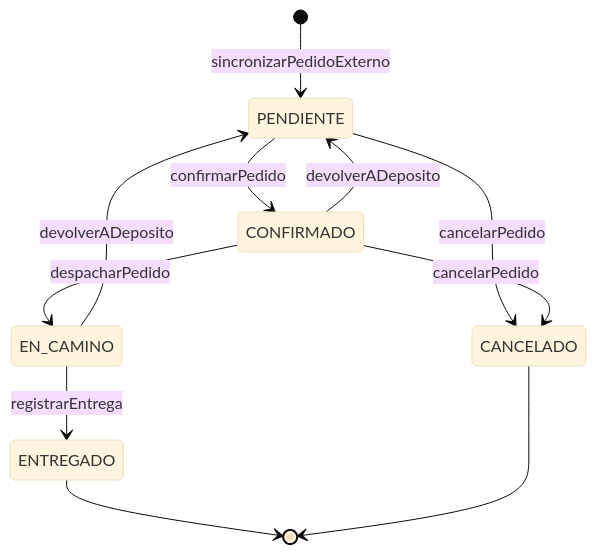
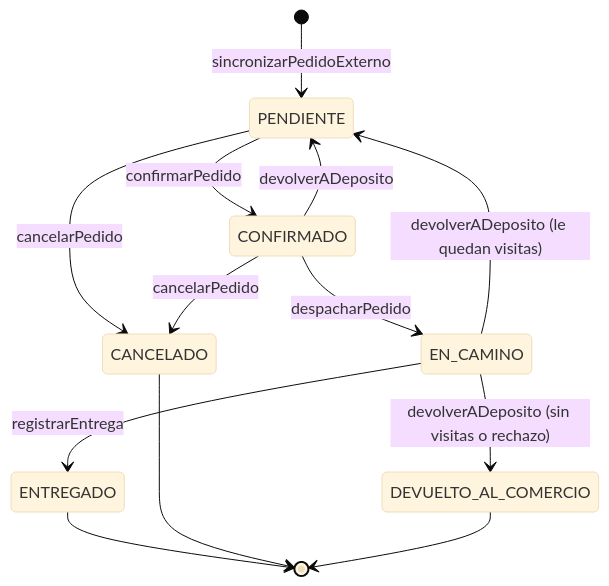
Before and after one commit to feliforte14/Rabbit: the second of 2 diagrams in docs/arquitectura/ARQUITECTURA.md, drawn with Mermaid (base theme). The commit also changed other lines of this file and 85 other files, not shown here.

````diff
--- a/docs/arquitectura/ARQUITECTURA.md
+++ b/docs/arquitectura/ARQUITECTURA.md
@@ -246,13 +252,15 @@
 ```mermaid
 stateDiagram-v2
     [*] --> PENDIENTE: sincronizarPedidoExterno
     PENDIENTE --> CONFIRMADO: confirmarPedido
     PENDIENTE --> CANCELADO: cancelarPedido
     CONFIRMADO --> EN_CAMINO: despacharPedido
     CONFIRMADO --> CANCELADO: cancelarPedido
     CONFIRMADO --> PENDIENTE: devolverADeposito
     EN_CAMINO --> ENTREGADO: registrarEntrega
-    EN_CAMINO --> PENDIENTE: devolverADeposito
+    EN_CAMINO --> PENDIENTE: devolverADeposito (le quedan visitas)
+    EN_CAMINO --> DEVUELTO_AL_COMERCIO: devolverADeposito (sin visitas o rechazo)
     ENTREGADO --> [*]
     CANCELADO --> [*]
+    DEVUELTO_AL_COMERCIO --> [*]
 ```
````
